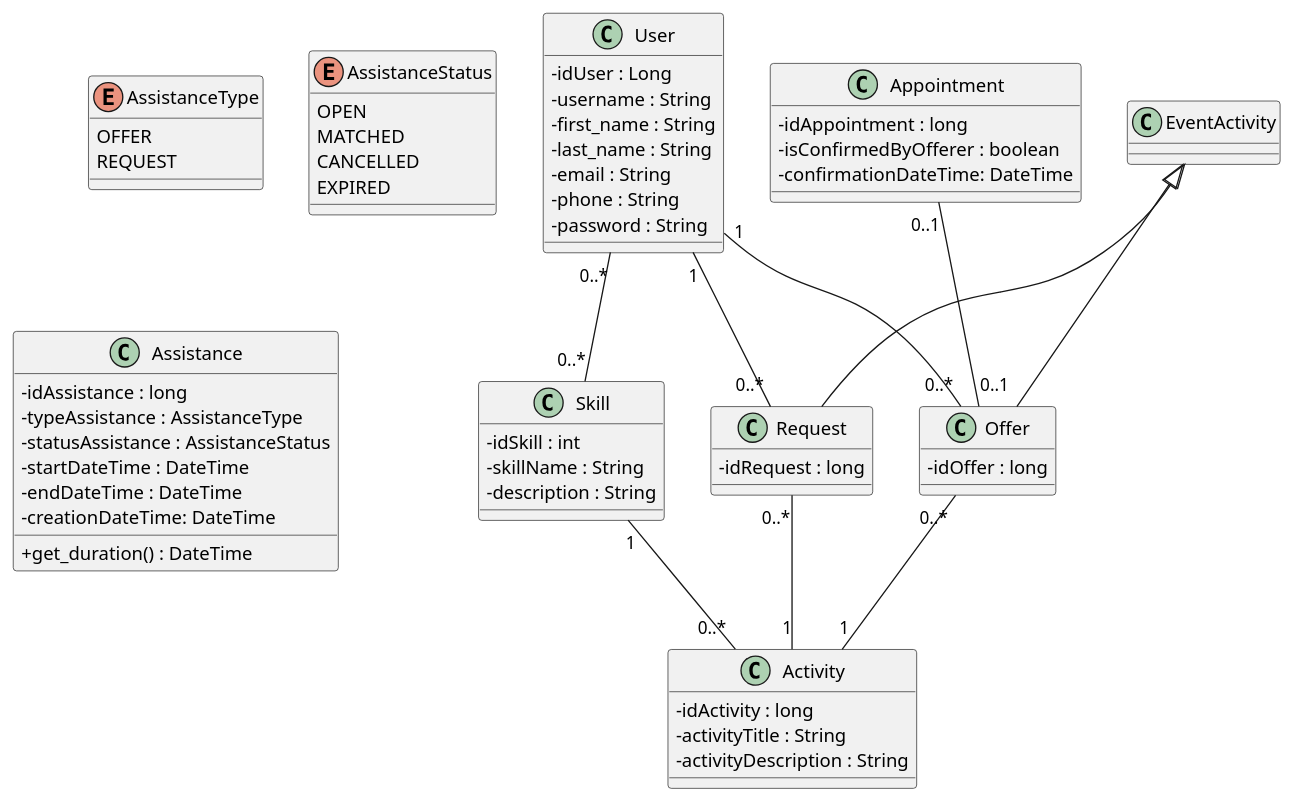
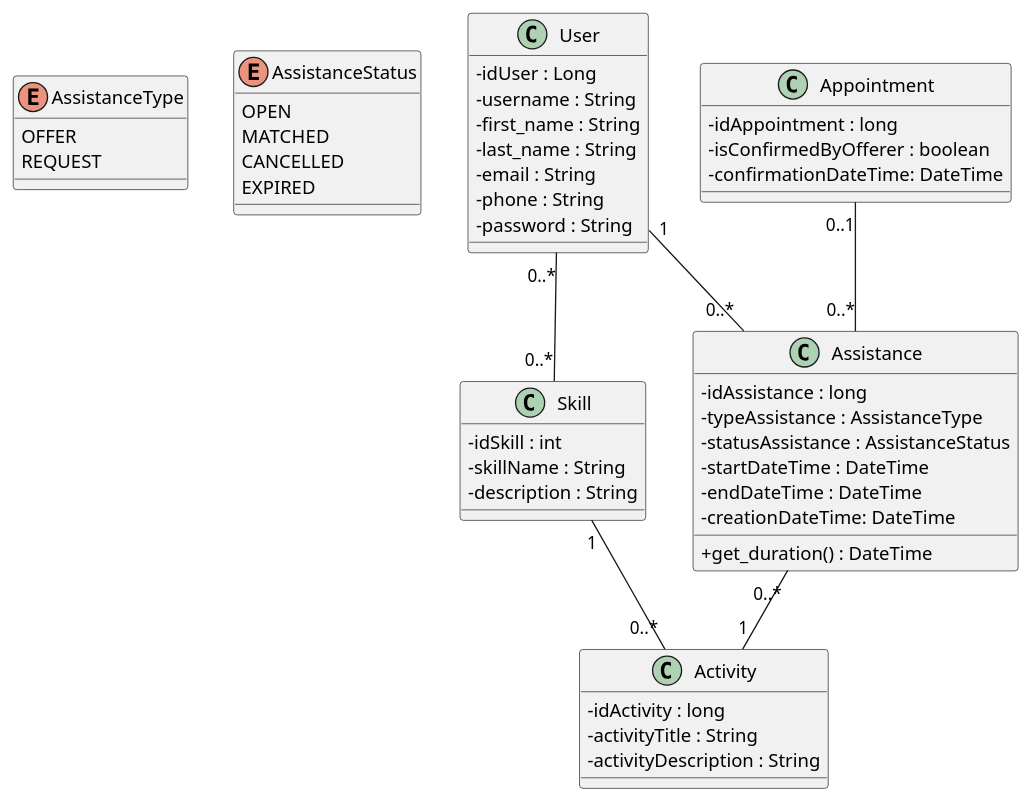
One commit to albanmartel/SkillsExchange changed the diagram in Modelisation/02_CLASS_DIAGRAM/02_Class_Digram.puml. Above: the diagram before and after it, drawn with PlantUML.

Commit message:
UPDATE '02_Class_Digram.puml' suppression des anciennes liaisons, suppressions des anciennes classes : 'Offer' et 'Request' pour fusion dans Assistance.

```diff
--- a/Modelisation/02_CLASS_DIAGRAM/02_Class_Digram.puml
+++ b/Modelisation/02_CLASS_DIAGRAM/02_Class_Digram.puml
@@ -1,73 +1,60 @@
 @startuml
 skinparam classAttributeIconSize 0
 
 enum AssistanceType {
   OFFER
   REQUEST
 }
 
 enum AssistanceStatus {
   OPEN
   MATCHED
   CANCELLED
   EXPIRED
 }
 
 class User {
   - idUser : Long
   - username : String
   - first_name : String
   - last_name : String
   - email : String
   - phone : String
   - password : String
 }
 
 class Skill {
   - idSkill : int
   - skillName : String
   - description : String
 }
 
 class Activity {
   - idActivity : long
   - activityTitle : String
   - activityDescription : String
 }
 
 class Assistance {
   - idAssistance : long
   - typeAssistance : AssistanceType
   - statusAssistance : AssistanceStatus
   - startDateTime : DateTime
   - endDateTime : DateTime
   - creationDateTime: DateTime
   + get_duration() : DateTime
 }
 
-class Offer {
-  - idOffer : long
-}
-
 class Appointment{
   - idAppointment : long
   - isConfirmedByOfferer : boolean
   - confirmationDateTime: DateTime
 }
 
-class Request {
-  - idRequest : long
-}
-
-EventActivity <|-- Offer
-EventActivity <|-- Request
-
 User "0..*" -- "0..*" Skill
 Skill "1" -- "0..*" Activity
-User "1" -- "0..*" Offer
-User "1" -- "0..*" Request
-Offer "0..*" -- "1" Activity
-Request "0..*" -- "1" Activity
-Appointment "0..1" -- "0..1" Offer
+User "1" -- "0..*" Assistance
+Assistance "0..*" -- "1" Activity
+Appointment "0..1" -- "0..*" Assistance
 
 @enduml
```
